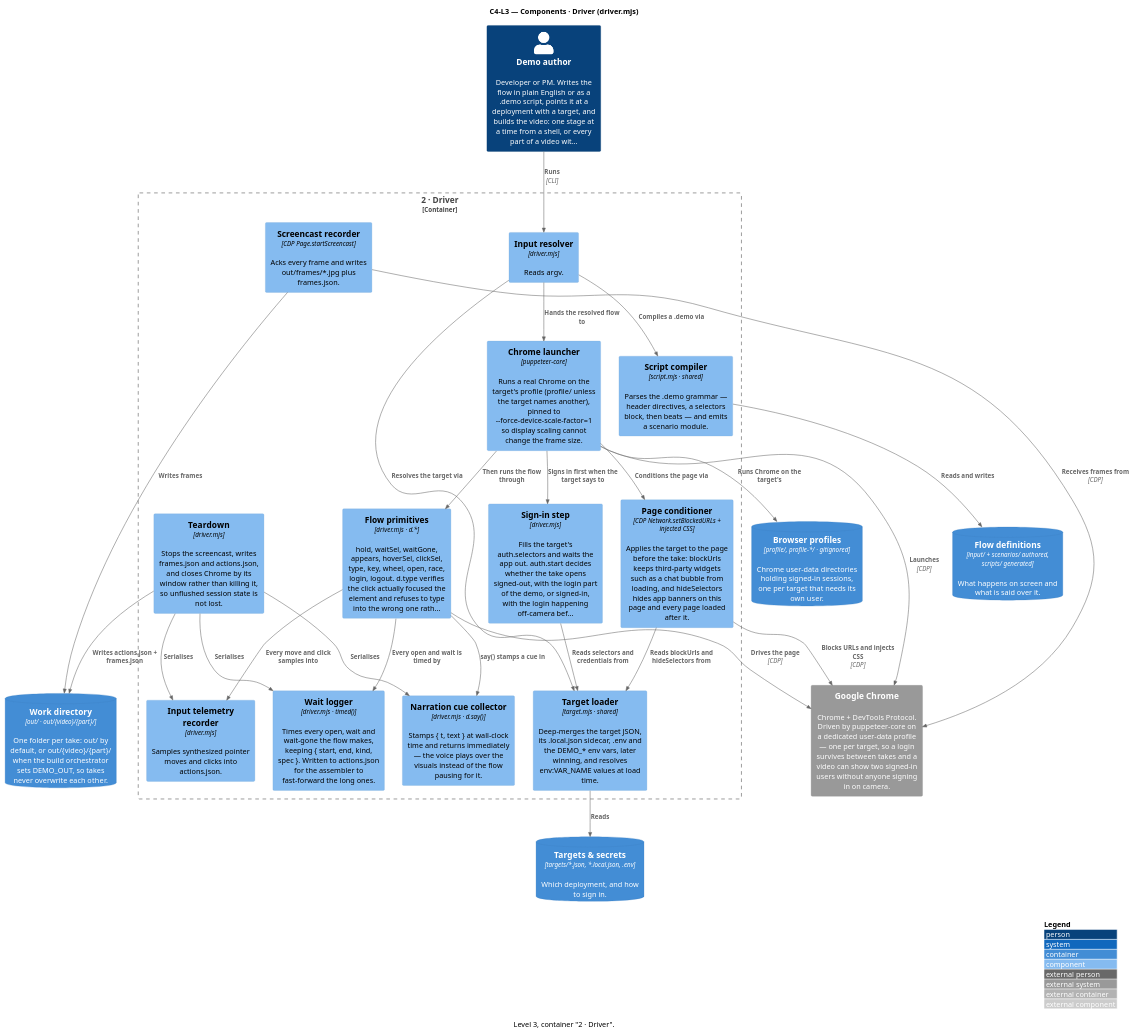
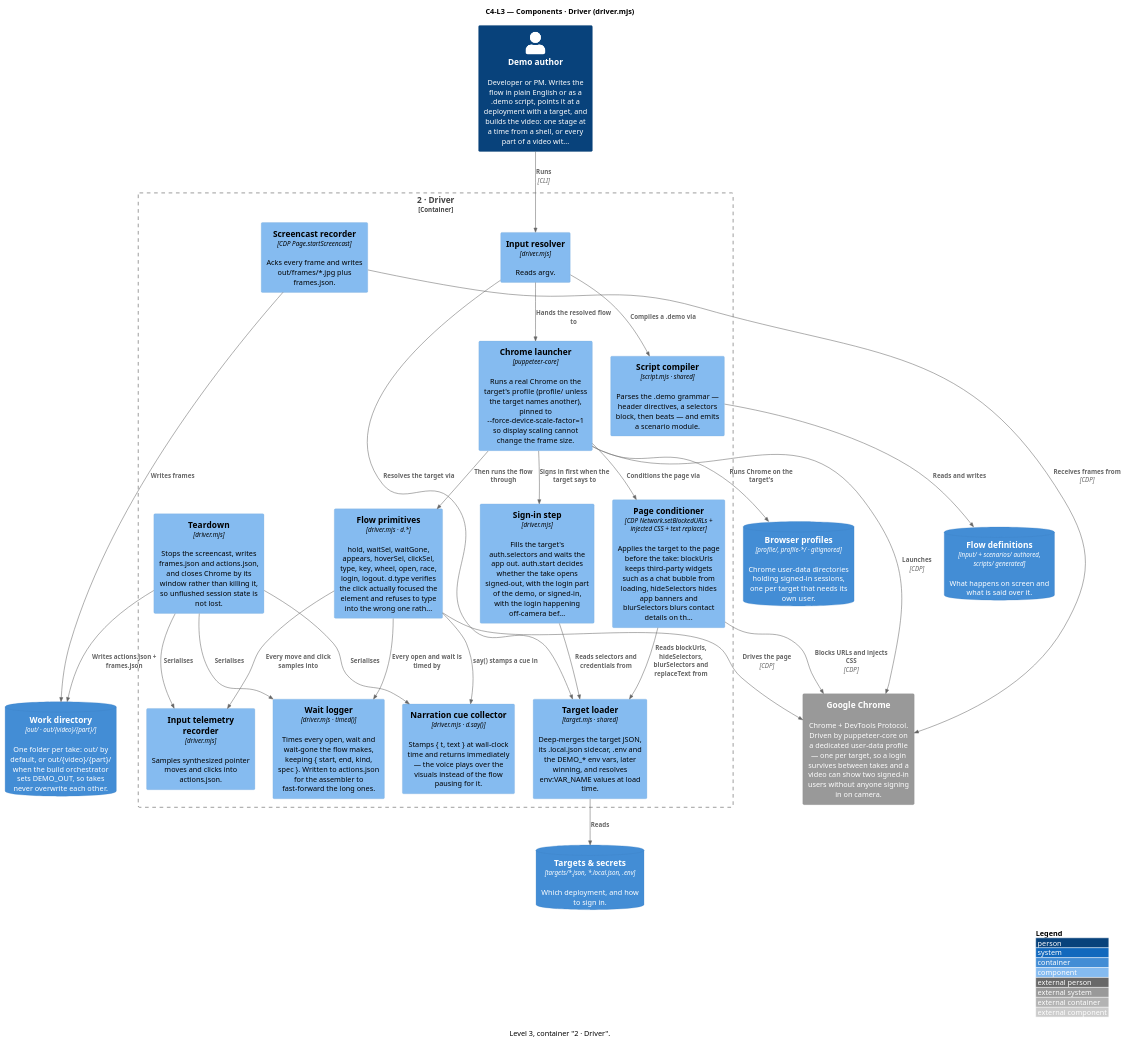
One commit to ssunduko/product-video changed the diagram in docs/c4-l3-driver.puml. Above: the diagram before and after it, drawn with PlantUML. The commit also changed 28 other files, not shown here.

```diff
--- a/docs/c4-l3-driver.puml
+++ b/docs/c4-l3-driver.puml
@@ -1,58 +1,58 @@
 @startuml c4-l3-driver
 ' Generated by docs/c4-model.mjs — do not edit; edit the model and re-run.
 !include <C4/C4_Component>
 ' No bundled C4 stdlib? Replace the line above with:
 ' !include https://raw.githubusercontent.com/plantuml-stdlib/C4-PlantUML/master/C4_Component.puml
 
 title C4-L3 — Components · Driver (driver.mjs)
 caption Level 3, container "2 · Driver".
 
 Person(demo_author, "Demo author", "Developer or PM. Writes the flow in plain English or as a .demo script, points it at a deployment with a target, and builds the video: one stage at a time from a shell, or every part of a video wit...")
 System_Ext(google_chrome, "Google Chrome", "Chrome + DevTools Protocol. Driven by puppeteer-core on a dedicated user-data profile — one per target, so a login survives between takes and a video can show two signed-in users without anyone signing in on camera.")
 ContainerDb(flow_definitions, "Flow definitions", "input/ + scenarios/ authored, scripts/ generated", "What happens on screen and what is said over it.")
 ContainerDb(targets_secrets, "Targets & secrets", "targets/*.json, *.local.json, .env", "Which deployment, and how to sign in.")
 ContainerDb(work_directory, "Work directory", "out/ · out/{video}/{part}/", "One folder per take: out/ by default, or out/{video}/{part}/ when the build orchestrator sets DEMO_OUT, so takes never overwrite each other.")
 ContainerDb(browser_profiles, "Browser profiles", "profile/, profile-*/ · gitignored", "Chrome user-data directories holding signed-in sessions, one per target that needs its own user.")
 
 Container_Boundary(driver_2, "2 · Driver") {
   Component(input_resolver, "Input resolver", "driver.mjs", "Reads argv.")
   Component(script_compiler_3, "Script compiler", "script.mjs · shared", "Parses the .demo grammar — header directives, a selectors block, then beats — and emits a scenario module.")
   Component(target_loader, "Target loader", "target.mjs · shared", "Deep-merges the target JSON, its .local.json sidecar, .env and the DEMO_* env vars, later winning, and resolves env:VAR_NAME values at load time.")
   Component(chrome_launcher, "Chrome launcher", "puppeteer-core", "Runs a real Chrome on the target's profile (profile/ unless the target names another), pinned to --force-device-scale-factor=1 so display scaling cannot change the frame size.")
   Component(sign_in_step, "Sign-in step", "driver.mjs", "Fills the target's auth.selectors and waits the app out. auth.start decides whether the take opens signed-out, with the login part of the demo, or signed-in, with the login happening off-camera bef...")
   Component(flow_primitives, "Flow primitives", "driver.mjs · d.*", "hold, waitSel, waitGone, appears, hoverSel, clickSel, type, key, wheel, open, race, login, logout. d.type verifies the click actually focused the element and refuses to type into the wrong one rath...")
   Component(screencast_recorder, "Screencast recorder", "CDP Page.startScreencast", "Acks every frame and writes out/frames/*.jpg plus frames.json.")
   Component(input_telemetry_recorder, "Input telemetry recorder", "driver.mjs", "Samples synthesized pointer moves and clicks into actions.json.")
   Component(narration_cue_collector, "Narration cue collector", "driver.mjs · d.say()", "Stamps { t, text } at wall-clock time and returns immediately — the voice plays over the visuals instead of the flow pausing for it.")
   Component(teardown, "Teardown", "driver.mjs", "Stops the screencast, writes frames.json and actions.json, and closes Chrome by its window rather than killing it, so unflushed session state is not lost.")
-  Component(page_conditioner, "Page conditioner", "CDP Network.setBlockedURLs + injected CSS", "Applies the target to the page before the take: blockUrls keeps third-party widgets such as a chat bubble from loading, and hideSelectors hides app banners on this page and every page loaded after it.")
+  Component(page_conditioner, "Page conditioner", "CDP Network.setBlockedURLs + injected CSS + text replacer", "Applies the target to the page before the take: blockUrls keeps third-party widgets such as a chat bubble from loading, hideSelectors hides app banners and blurSelectors blurs contact details on th...")
   Component(wait_logger, "Wait logger", "driver.mjs · timed()", "Times every open, wait and wait-gone the flow makes, keeping { start, end, kind, spec }. Written to actions.json for the assembler to fast-forward the long ones.")
 }
 
 Rel(demo_author, input_resolver, "Runs", "CLI")
 Rel(input_resolver, script_compiler_3, "Compiles a .demo via")
 Rel(input_resolver, target_loader, "Resolves the target via")
 Rel(script_compiler_3, flow_definitions, "Reads and writes")
 Rel(target_loader, targets_secrets, "Reads")
 Rel(input_resolver, chrome_launcher, "Hands the resolved flow to")
 Rel(chrome_launcher, google_chrome, "Launches", "CDP")
 Rel(chrome_launcher, sign_in_step, "Signs in first when the target says to")
 Rel(sign_in_step, target_loader, "Reads selectors and credentials from")
 Rel(chrome_launcher, flow_primitives, "Then runs the flow through")
 Rel(flow_primitives, google_chrome, "Drives the page", "CDP")
 Rel(flow_primitives, narration_cue_collector, "say() stamps a cue in")
 Rel(flow_primitives, input_telemetry_recorder, "Every move and click samples into")
 Rel(screencast_recorder, google_chrome, "Receives frames from", "CDP")
 Rel(screencast_recorder, work_directory, "Writes frames")
 Rel(teardown, input_telemetry_recorder, "Serialises")
 Rel(teardown, narration_cue_collector, "Serialises")
 Rel(teardown, work_directory, "Writes actions.json + frames.json")
 Rel(chrome_launcher, browser_profiles, "Runs Chrome on the target's")
 Rel(chrome_launcher, page_conditioner, "Conditions the page via")
-Rel(page_conditioner, target_loader, "Reads blockUrls and hideSelectors from")
+Rel(page_conditioner, target_loader, "Reads blockUrls, hideSelectors, blurSelectors and replaceText from")
 Rel(page_conditioner, google_chrome, "Blocks URLs and injects CSS", "CDP")
 Rel(flow_primitives, wait_logger, "Every open and wait is timed by")
 Rel(teardown, wait_logger, "Serialises")
 
 LAYOUT_WITH_LEGEND()
 @enduml
```
